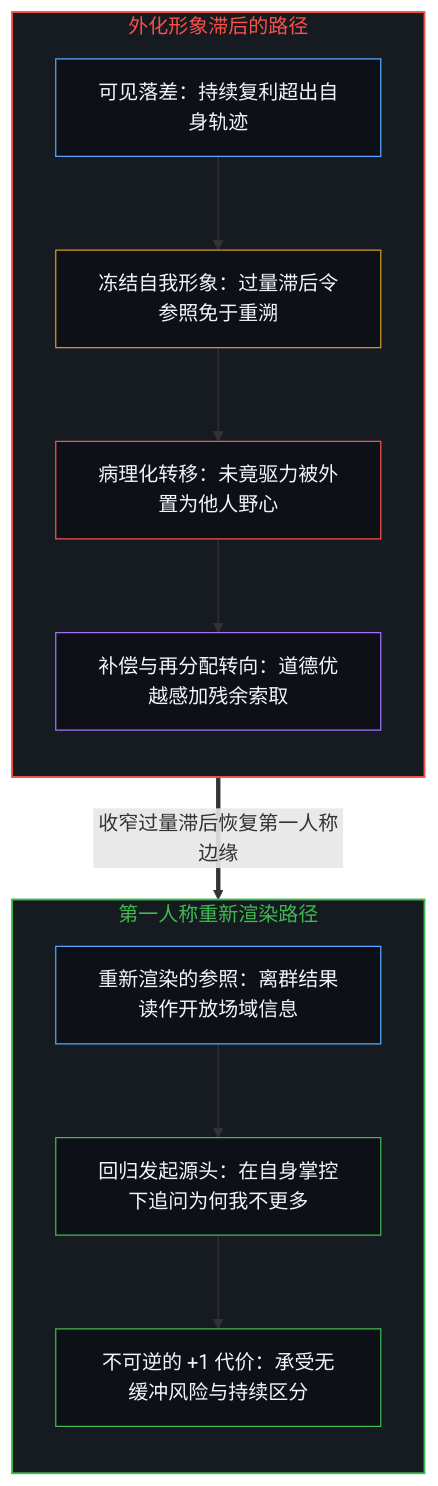
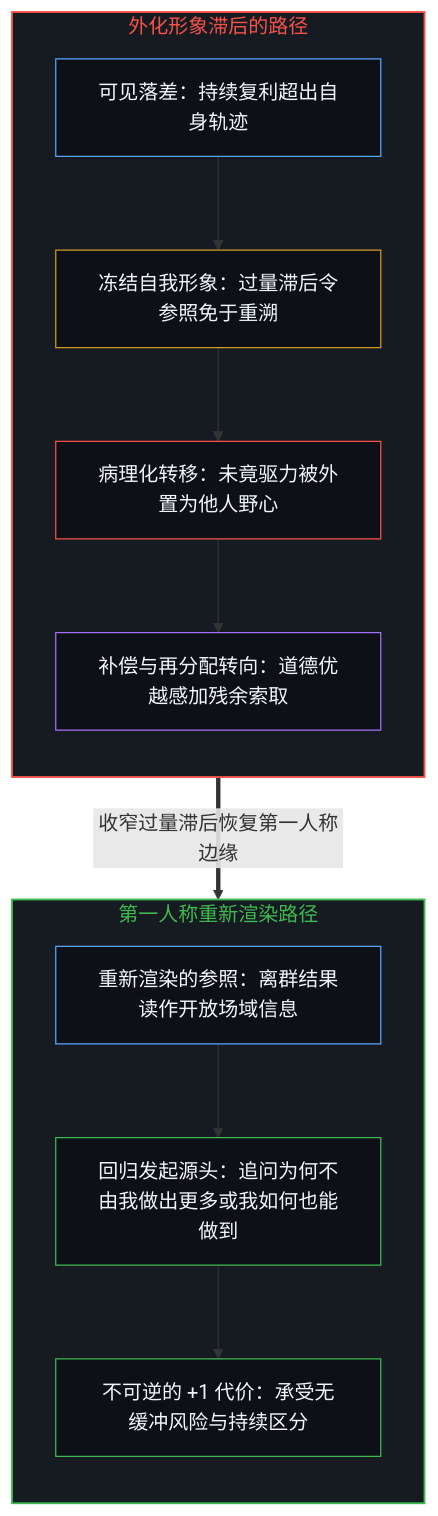
Before and after one commit to powerpig99/not-a-toe: the first of 4 diagrams in content/posts/externalizing-unmet-drive-as-the-pathology-of-growth.md, drawn with Mermaid. The commit also changed other lines of this file and 2 other files, not shown here.

````diff
--- a/content/posts/externalizing-unmet-drive-as-the-pathology-of-growth.md
+++ b/content/posts/externalizing-unmet-drive-as-the-pathology-of-growth.md
@@ -31,28 +31,28 @@
 ```mermaid
 flowchart TD
     subgraph S_Lag["外化形象滞后的路径"]
         direction TB
         L1["可见落差：持续复利超出自身轨迹"]
         L2["冻结自我形象：过量滞后令参照免于重溯"]
         L3["病理化转移：未竟驱力被外置为他人野心"]
         L4["补偿与再分配转向：道德优越感加残余索取"]
         L1 --> L2 --> L3 --> L4
     end
     subgraph S_Open["第一人称重新渲染路径"]
         direction TB
         O1["重新渲染的参照：离群结果读作开放场域信息"]
-        O2["回归发起源头：在自身掌控下追问为何我不更多"]
+        O2["回归发起源头：追问为何不由我做出更多或我如何也能做到"]
         O3["不可逆的 +1 代价：承受无缓冲风险与持续区分"]
         O1 --> O2 --> O3
     end
     L4 ==>|"收窄过量滞后恢复第一人称边缘"| O1
     style S_Lag fill:#161b22,stroke:#f85149,stroke-width:1.5px,color:#f85149
     style S_Open fill:#161b22,stroke:#3fb950,stroke-width:1.5px,color:#3fb950
     style L1 fill:#0d1117,stroke:#58a6ff,stroke-width:1px,color:#f0f6fc
     style L2 fill:#0d1117,stroke:#d29922,stroke-width:1px,color:#f0f6fc
     style L3 fill:#0d1117,stroke:#f85149,stroke-width:1px,color:#f0f6fc
     style L4 fill:#0d1117,stroke:#a371f7,stroke-width:1px,color:#f0f6fc
     style O1 fill:#0d1117,stroke:#58a6ff,stroke-width:1px,color:#f0f6fc
     style O2 fill:#0d1117,stroke:#3fb950,stroke-width:1px,color:#f0f6fc
     style O3 fill:#0d1117,stroke:#3fb950,stroke-width:1px,color:#f0f6fc
 ```
````
